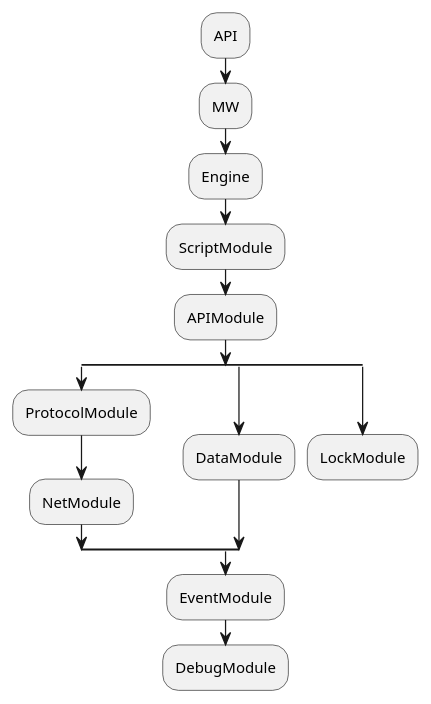
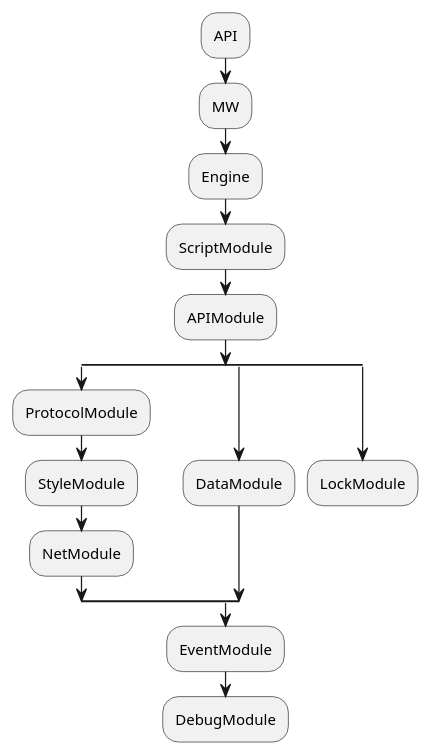
One commit to miswanting/erajs changed the diagram in Next/BackEnd/erajs/docs/Inherit Structure.wsd. Above: the diagram before and after it, drawn with PlantUML. The commit also changed 2 other files, not shown here.

```diff
--- a/Next/BackEnd/erajs/docs/Inherit Structure.wsd
+++ b/Next/BackEnd/erajs/docs/Inherit Structure.wsd
@@ -1,18 +1,19 @@
 @startuml
 :API;
 :MW;
 :Engine;
 :ScriptModule;
 :APIModule;
 split
     :ProtocolModule;
+    :StyleModule;
     :NetModule;
 split again
     :DataModule;
 split again
     :LockModule;
     detach
 end split
 :EventModule;
 :DebugModule;
 @enduml
```
